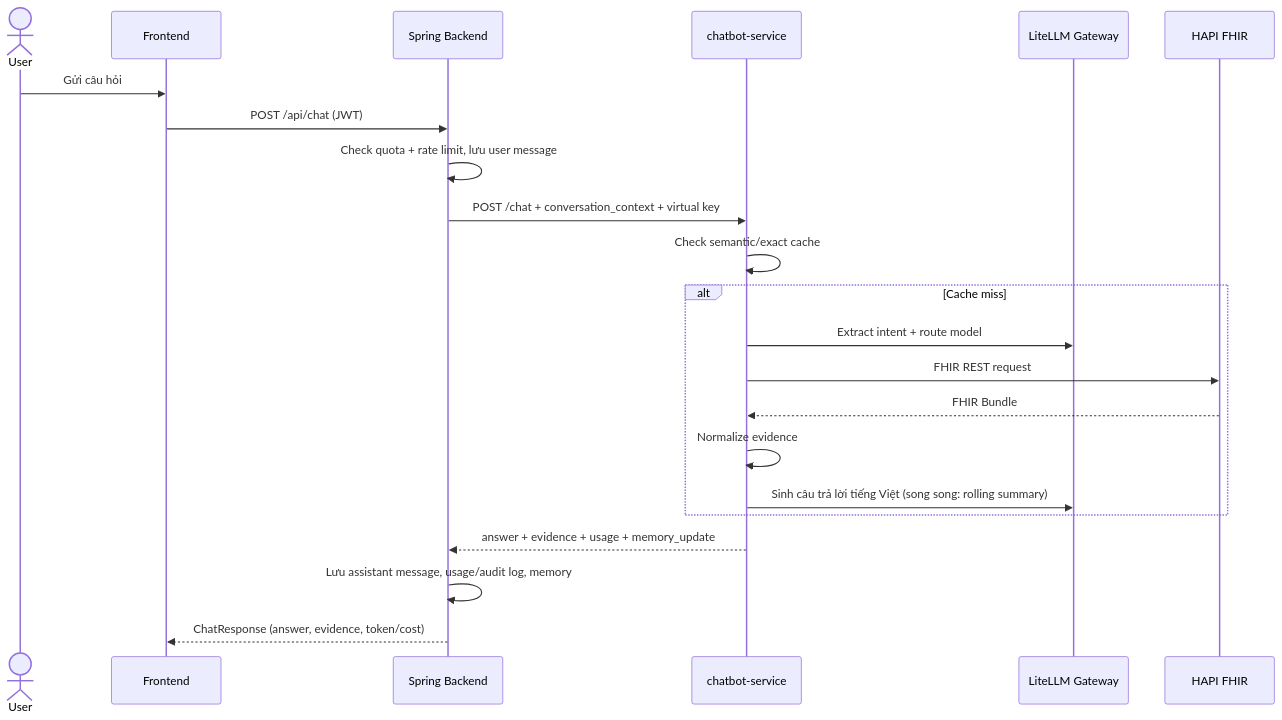
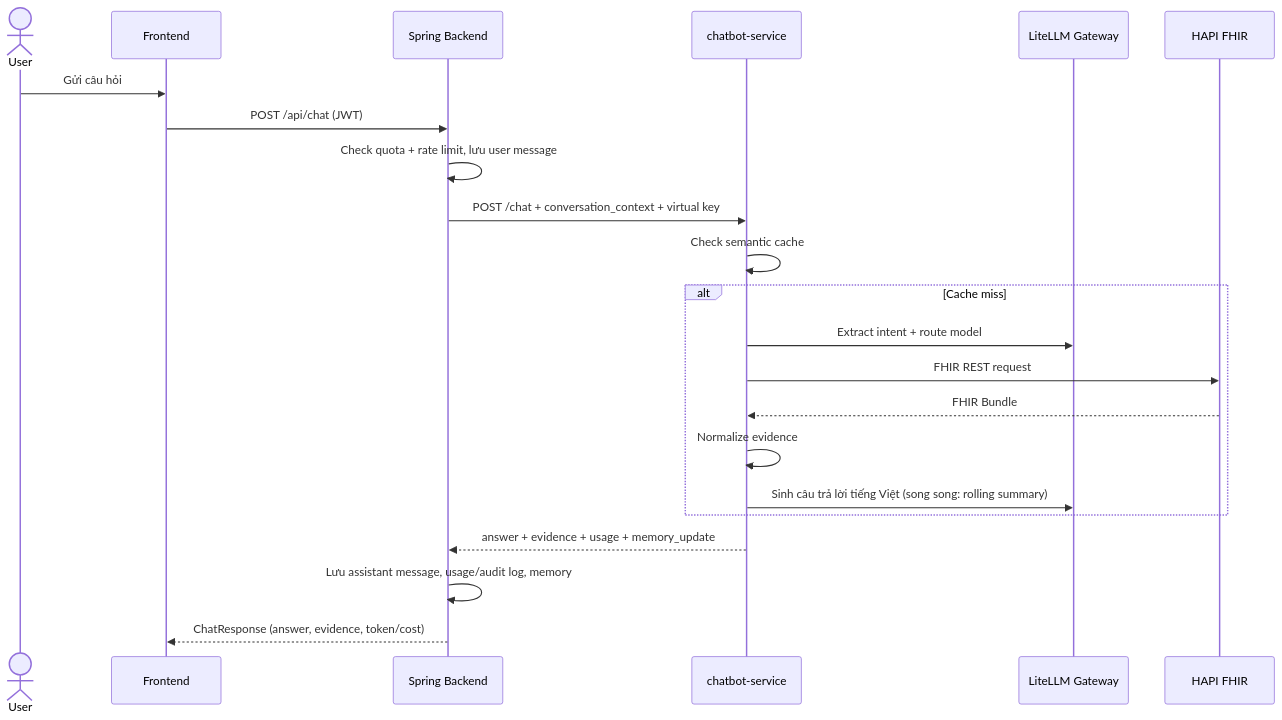
One commit to Hnd8604/medical-chatbot-system changed the second of 2 diagrams in README.md. Above: the diagram before and after it, drawn with Mermaid. The commit also changed other lines of this file and 41 other files, not shown here.

````diff
--- a/README.md
+++ b/README.md
@@ -68,25 +69,25 @@
 ```mermaid
 sequenceDiagram
     actor User
     participant FE as Frontend
     participant Spring as Spring Backend
     participant Bot as chatbot-service
     participant GW as LiteLLM Gateway
     participant HAPI as HAPI FHIR
 
     User->>FE: Gửi câu hỏi
     FE->>Spring: POST /api/chat (JWT)
     Spring->>Spring: Check quota + rate limit, lưu user message
     Spring->>Bot: POST /chat + conversation_context + virtual key
-    Bot->>Bot: Check semantic/exact cache
+    Bot->>Bot: Check semantic cache
     alt Cache miss
         Bot->>GW: Extract intent + route model
         Bot->>HAPI: FHIR REST request
         HAPI-->>Bot: FHIR Bundle
         Bot->>Bot: Normalize evidence
         Bot->>GW: Sinh câu trả lời tiếng Việt (song song: rolling summary)
     end
     Bot-->>Spring: answer + evidence + usage + memory_update
     Spring->>Spring: Lưu assistant message, usage/audit log, memory
     Spring-->>FE: ChatResponse (answer, evidence, token/cost)
 ```
````
